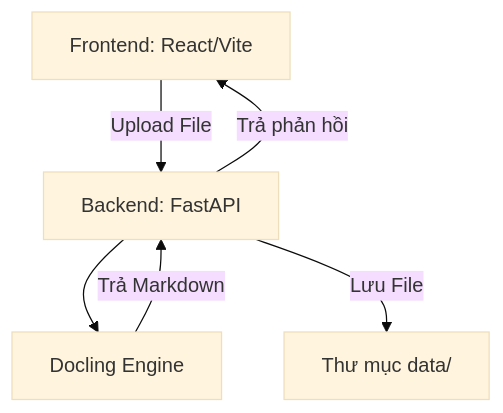
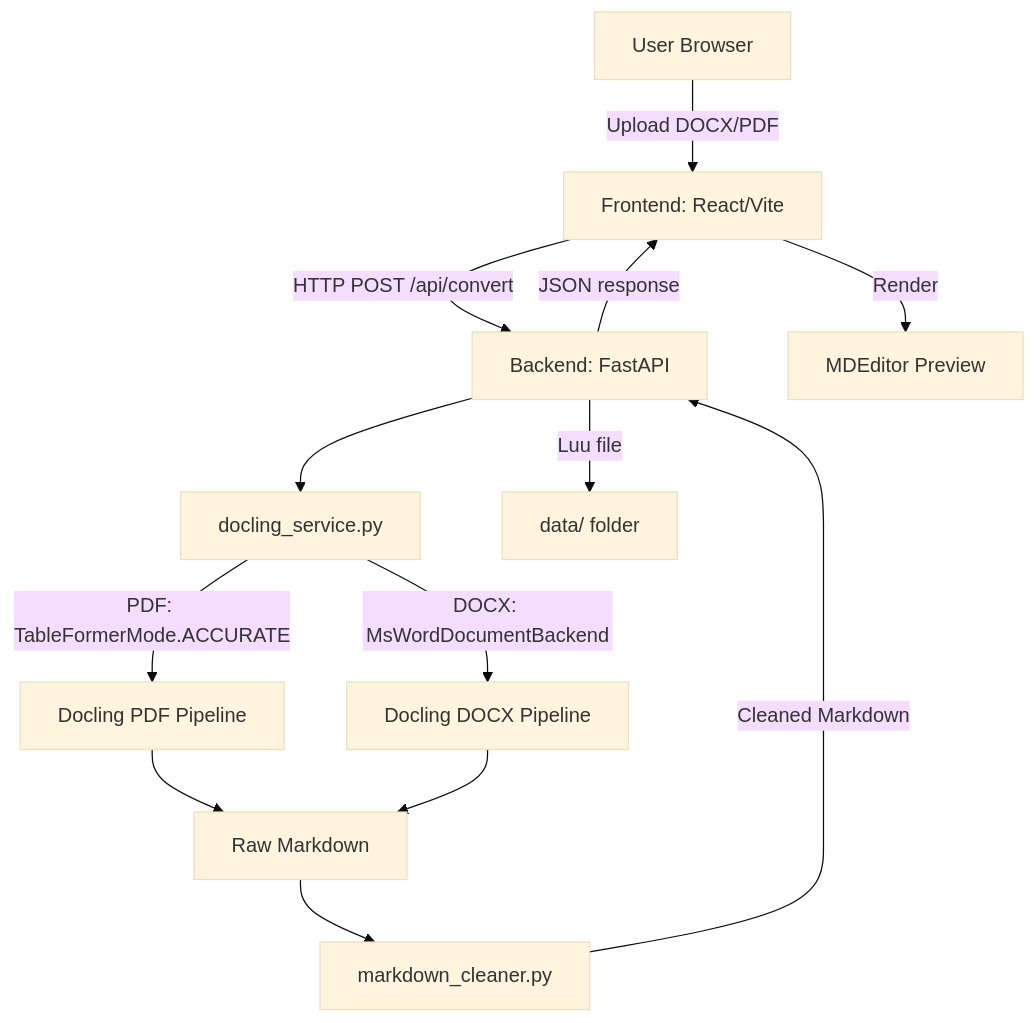
One commit to danghoangsqtt-sys/dhsystem_mdconverter changed the diagram in .viepilot/architecture/system-overview.mermaid. Above: the diagram before and after it, drawn with Mermaid (base theme). The commit also changed 19 other files, not shown here.

First line of the commit message:
feat: new logo, rewrite README, fix DOCX table content loss

```diff
--- a/.viepilot/architecture/system-overview.mermaid
+++ b/.viepilot/architecture/system-overview.mermaid
@@ -1,6 +1,13 @@
 graph TD
-    UI[Frontend: React/Vite] -->|Upload File| API[Backend: FastAPI]
-    API --> Docling[Docling Engine]
-    Docling -->|Trả Markdown| API
-    API -->|Lưu File| Storage[Thư mục data/]
-    API -->|Trả phản hồi| UI
+    User[User Browser] -->|Upload DOCX/PDF| Frontend[Frontend: React/Vite]
+    Frontend -->|HTTP POST /api/convert| Backend[Backend: FastAPI]
+    Backend --> DoclingService[docling_service.py]
+    DoclingService -->|PDF: TableFormerMode.ACCURATE| DoclingPDF[Docling PDF Pipeline]
+    DoclingService -->|DOCX: MsWordDocumentBackend| DoclingDOCX[Docling DOCX Pipeline]
+    DoclingPDF --> RawMD[Raw Markdown]
+    DoclingDOCX --> RawMD
+    RawMD --> Cleaner[markdown_cleaner.py]
+    Cleaner -->|Cleaned Markdown| Backend
+    Backend -->|Luu file| Storage[data/ folder]
+    Backend -->|JSON response| Frontend
+    Frontend -->|Render| MDEditor[MDEditor Preview]
```
